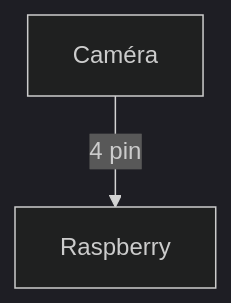
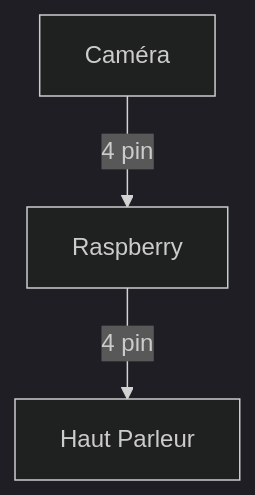
The diagram in RapportPreEtude.md (jo-pouradier/ProjetTransversal), drawn with Mermaid (dark theme) before and after one commit. The commit also changed other lines of this file, not shown here.

````diff
--- a/RapportPreEtude.md
+++ b/RapportPreEtude.md
@@ -31,6 +31,6 @@
 ```mermaid
 graph TD
     A[Caméra]-- 4 pin -->C[Raspberry]
-    
+    C-- 4 pin -->B[Haut Parleur]
 
 ```
````
